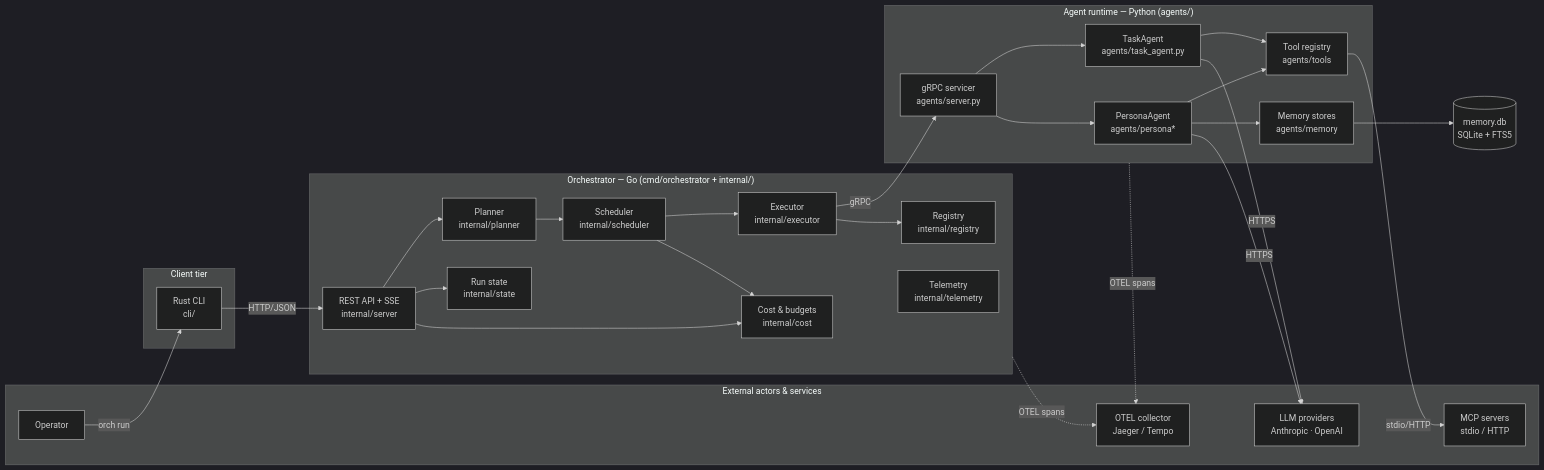
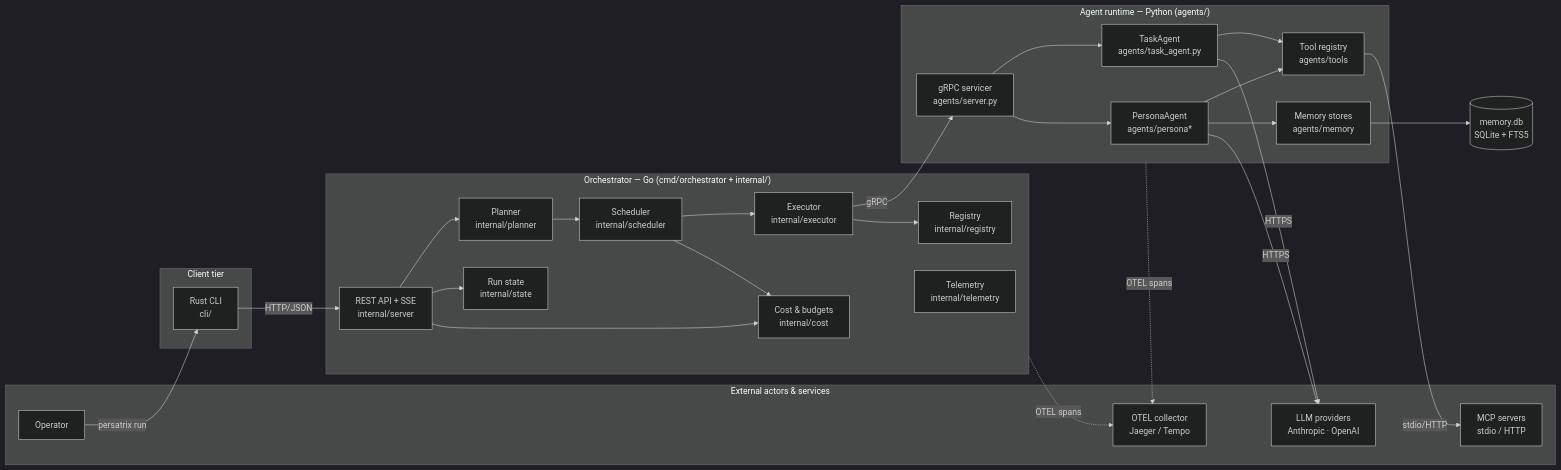
Before and after one commit to mkhomutov/Persatrix: the diagram in docs/diagrams/system-overview.md, drawn with Mermaid (dark theme). The commit also changed 28 other files, not shown here.

First line of the commit message:
feat(cli): add `persatrix chat` command and rename binary (RFC 0016 PR 5/7) (#125)

````diff
--- a/docs/diagrams/system-overview.md
+++ b/docs/diagrams/system-overview.md
@@ -8,58 +8,58 @@
 ```mermaid
 graph LR
     subgraph External["External actors & services"]
         User["Operator"]
         LLM["LLM providers<br/>Anthropic · OpenAI"]
         MCP["MCP servers<br/>stdio / HTTP"]
         OTEL["OTEL collector<br/>Jaeger / Tempo"]
     end
 
     subgraph Client["Client tier"]
         CLI["Rust CLI<br/>cli/"]
     end
 
     subgraph Orchestrator["Orchestrator — Go (cmd/orchestrator + internal/)"]
         REST["REST API + SSE<br/>internal/server"]
         PLAN["Planner<br/>internal/planner"]
         SCHED["Scheduler<br/>internal/scheduler"]
         EXEC["Executor<br/>internal/executor"]
         REG["Registry<br/>internal/registry"]
         STATE["Run state<br/>internal/state"]
         COST["Cost & budgets<br/>internal/cost"]
         TELE["Telemetry<br/>internal/telemetry"]
     end
 
     subgraph Agents["Agent runtime — Python (agents/)"]
         AGSVC["gRPC servicer<br/>agents/server.py"]
         TASK["TaskAgent<br/>agents/task_agent.py"]
         PERS["PersonaAgent<br/>agents/persona*"]
         TOOLS["Tool registry<br/>agents/tools"]
         MEM["Memory stores<br/>agents/memory"]
     end
 
     DB[(memory.db<br/>SQLite + FTS5)]
 
-    User -->|orch run| CLI
+    User -->|persatrix run| CLI
     CLI -->|HTTP/JSON| REST
     REST --> PLAN
     REST --> STATE
     REST --> COST
     PLAN --> SCHED
     SCHED --> EXEC
     SCHED --> COST
     EXEC -->|gRPC| AGSVC
     EXEC --> REG
 
     AGSVC --> TASK
     AGSVC --> PERS
     TASK --> TOOLS
     PERS --> TOOLS
     PERS --> MEM
     MEM --> DB
 
     TASK -->|HTTPS| LLM
     PERS -->|HTTPS| LLM
     TOOLS -->|stdio/HTTP| MCP
     Orchestrator -.OTEL spans.-> OTEL
     Agents -.OTEL spans.-> OTEL
 ```
````
